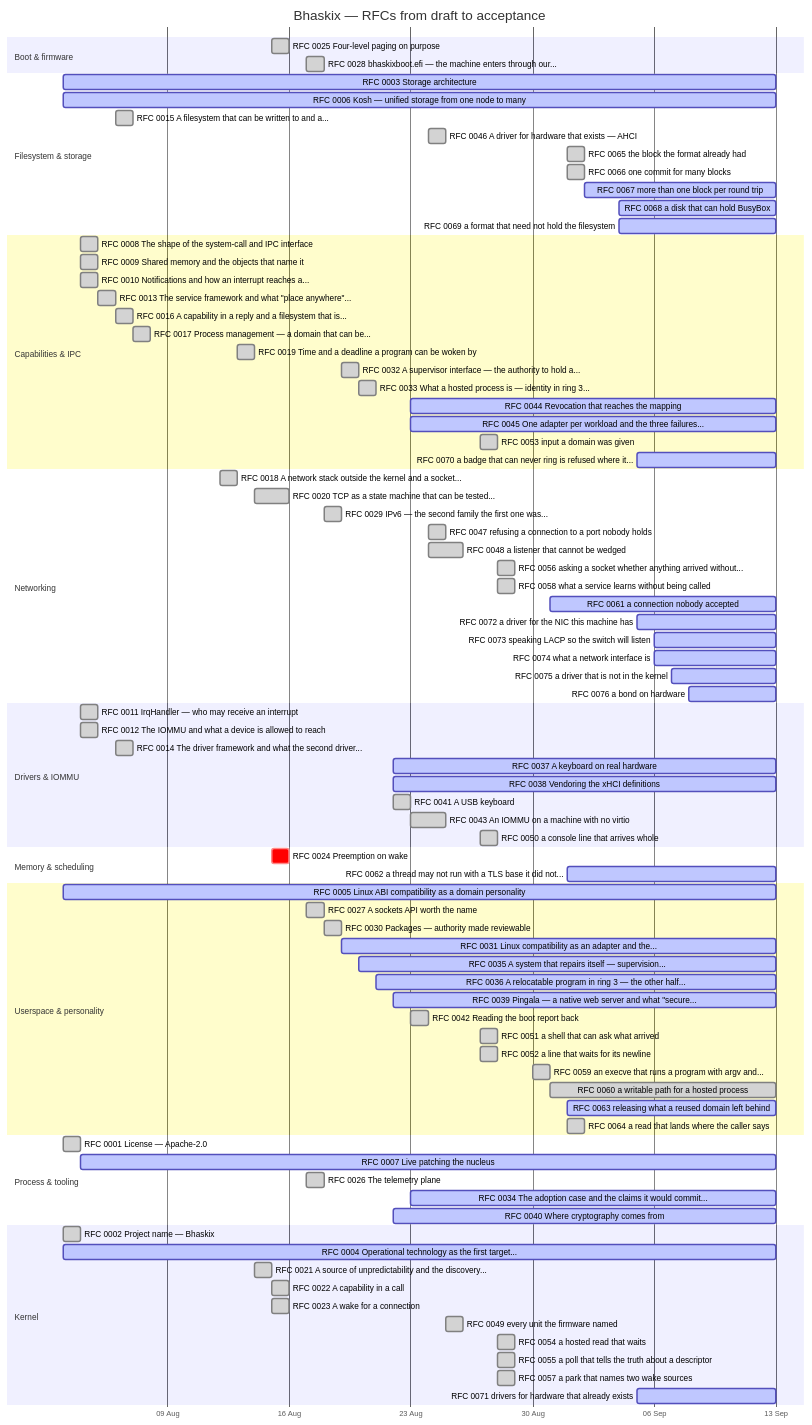
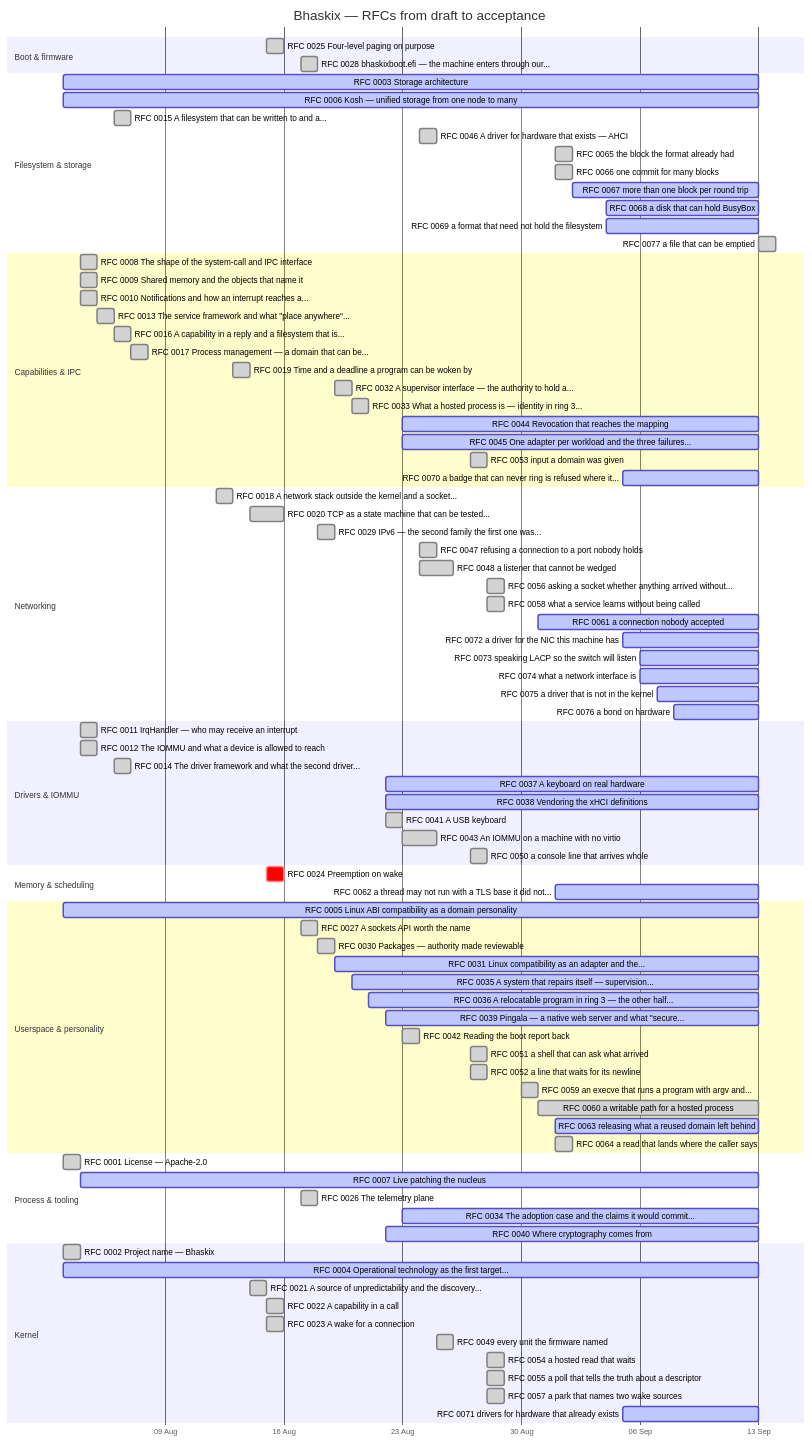
The diagram in docs/progress.md (bhaskix/bhaskix), drawn with Mermaid before and after one commit. The commit also changed other lines of this file and 2 other files, not shown here.

First line of the commit message:
docs: RFC 0077 accepted -- the leak was a number read mid-release

```diff
--- a/docs/progress.md
+++ b/docs/progress.md
@@ -40,6 +40,7 @@
     RFC 0067 more than one block per round trip :active, r0067, 2026-09-02, 2026-09-13
     RFC 0068 a disk that can hold BusyBox :active, r0068, 2026-09-04, 2026-09-13
     RFC 0069 a format that need not hold the filesystem :active, r0069, 2026-09-04, 2026-09-13
+    RFC 0077 a file that can be emptied :done, r0077, 2026-09-13, 1d
     section Capabilities & IPC
     RFC 0008 The shape of the system-call and IPC interface :done, r0008, 2026-08-04, 1d
     RFC 0009 Shared memory and the objects that name it :done, r0009, 2026-08-04, 1d
```
